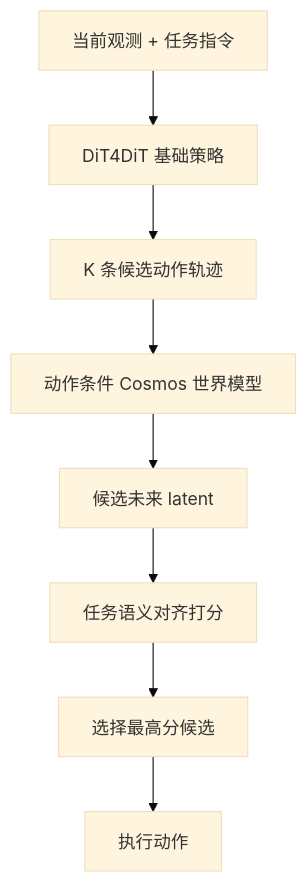
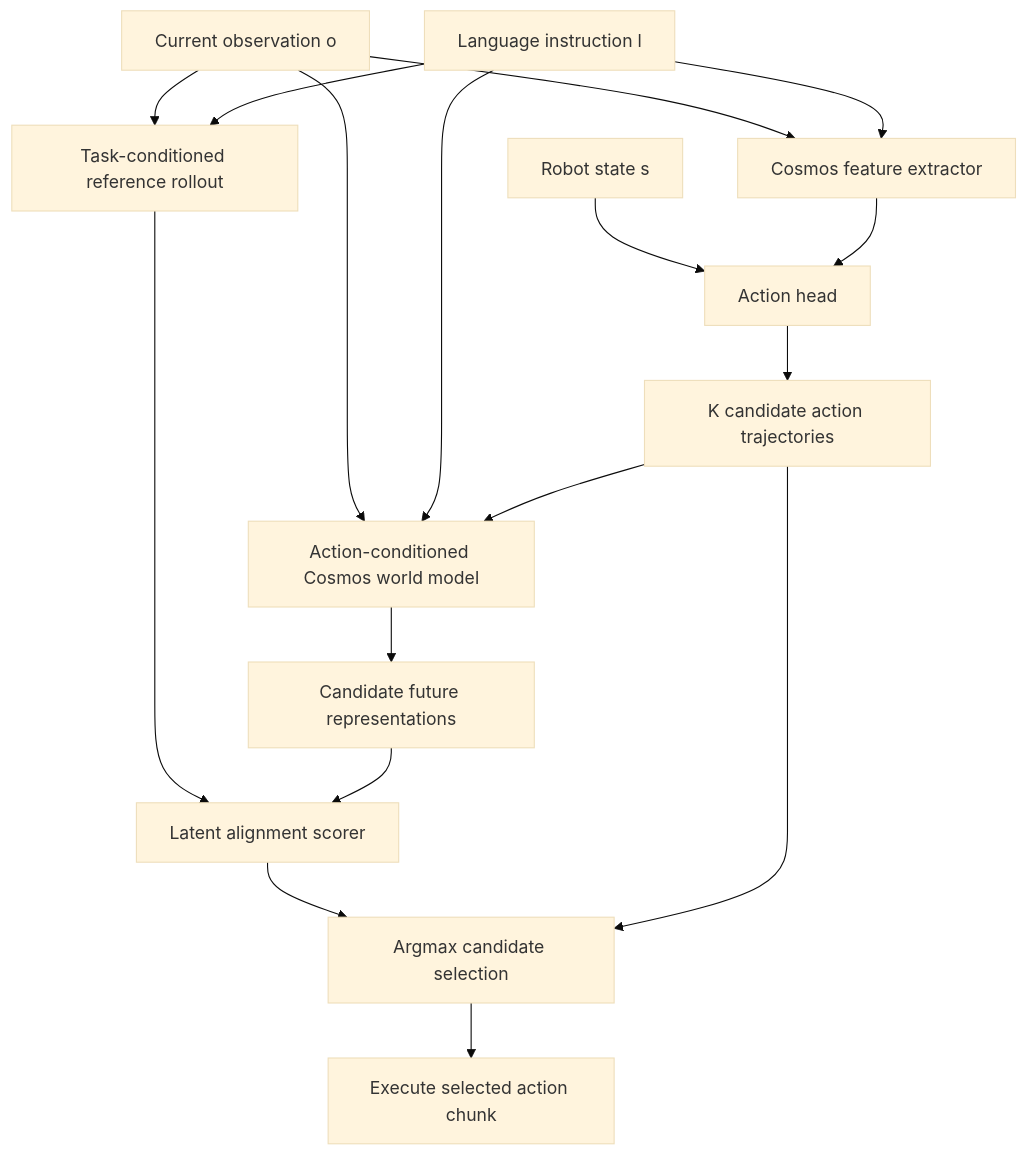
Before and after one commit to Ryan-YU-socialism/DiT4DiT: the diagram in README.md, drawn with Mermaid (base theme). The commit also changed other lines of this file and 1 other file, not shown here.

````diff
--- a/README.md
+++ b/README.md
@@ -9,10 +48,21 @@
 ```mermaid
 flowchart TD
-    A[当前观测 + 任务指令] --> B[DiT4DiT 基础策略]
-    B --> C[K 条候选动作轨迹]
-    C --> D[动作条件 Cosmos 世界模型]
-    D --> E[候选未来 latent]
-    E --> F[任务语义对齐打分]
-    F --> G[选择最高分候选]
-    G --> H[执行动作]
+    O[Current observation o] --> P[Cosmos feature extractor]
+    L[Language instruction l] --> P
+    S[Robot state s] --> A[Action head]
+    P --> A
+    A --> C[K candidate action trajectories]
+
+    O --> R[Task-conditioned reference rollout]
+    L --> R
+
+    O --> W[Action-conditioned Cosmos world model]
+    L --> W
+    C --> W
+    W --> F[Candidate future representations]
+    R --> Q[Latent alignment scorer]
+    F --> Q
+    Q --> X[Argmax candidate selection]
+    C --> X
+    X --> E[Execute selected action chunk]
 ```
````
